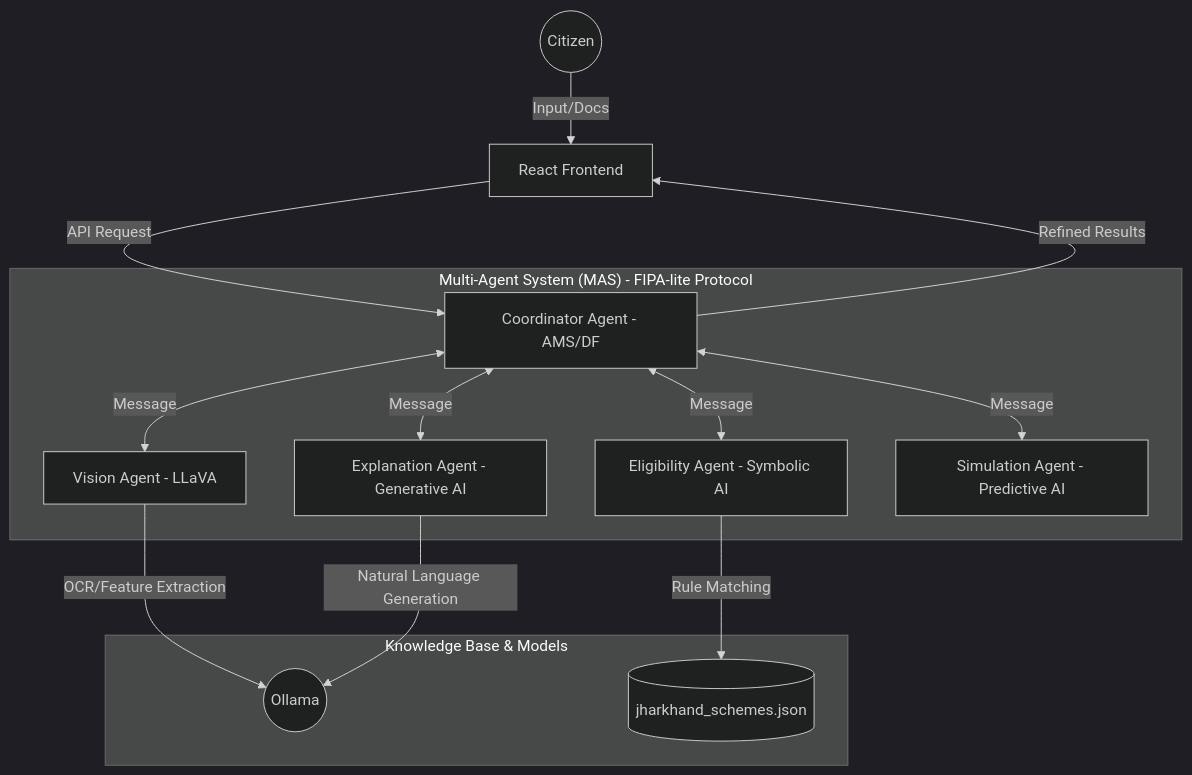
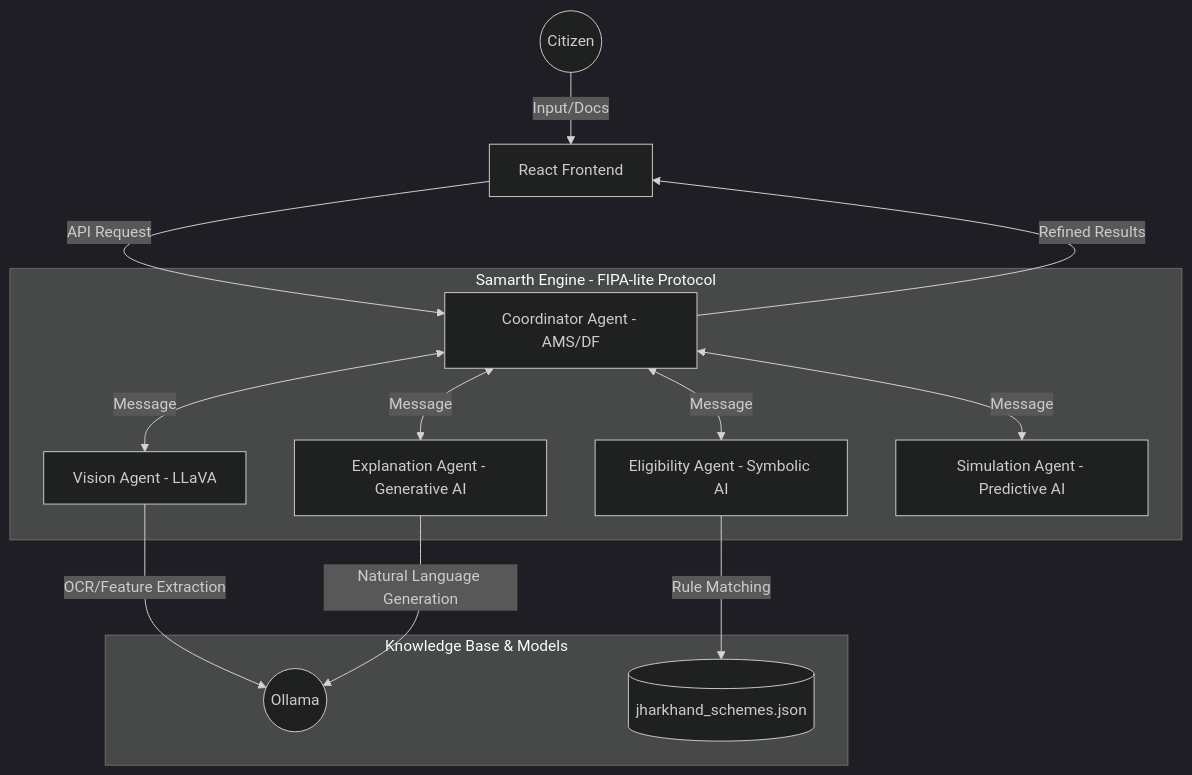
The diagram in README.md (yashwantmandal26/samarth-OFFILINE), drawn with Mermaid (dark theme) before and after one commit. The commit also changed other lines of this file and 12 other files, not shown here.

````diff
--- a/README.md
+++ b/README.md
@@ -13,20 +13,20 @@
 ```mermaid
 graph TD
     User((Citizen)) -->|Input/Docs| UI[React Frontend]
     UI -->|API Request| Coordinator[Coordinator Agent - AMS/DF]
     
-    subgraph "Multi-Agent System (MAS) - FIPA-lite Protocol"
+    subgraph "Samarth Engine - FIPA-lite Protocol"
         Coordinator <-->|Message| Vision[Vision Agent - LLaVA]
         Coordinator <-->|Message| Eligibility[Eligibility Agent - Symbolic AI]
         Coordinator <-->|Message| Explanation[Explanation Agent - Generative AI]
         Coordinator <-->|Message| Simulation[Simulation Agent - Predictive AI]
     end
     
     subgraph "Knowledge Base & Models"
         Vision -->|OCR/Feature Extraction| LocalLLM((Ollama))
         Explanation -->|Natural Language Generation| LocalLLM
         Eligibility -->|Rule Matching| DB[(jharkhand_schemes.json)]
     end
     
     Coordinator -->|Refined Results| UI
 ```
````
